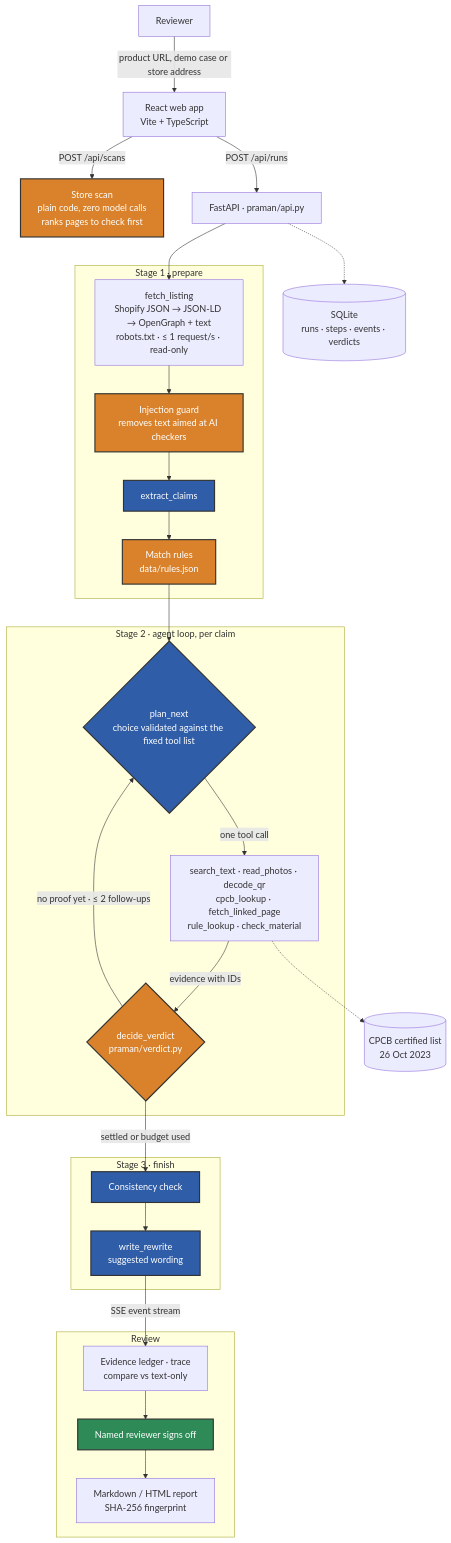
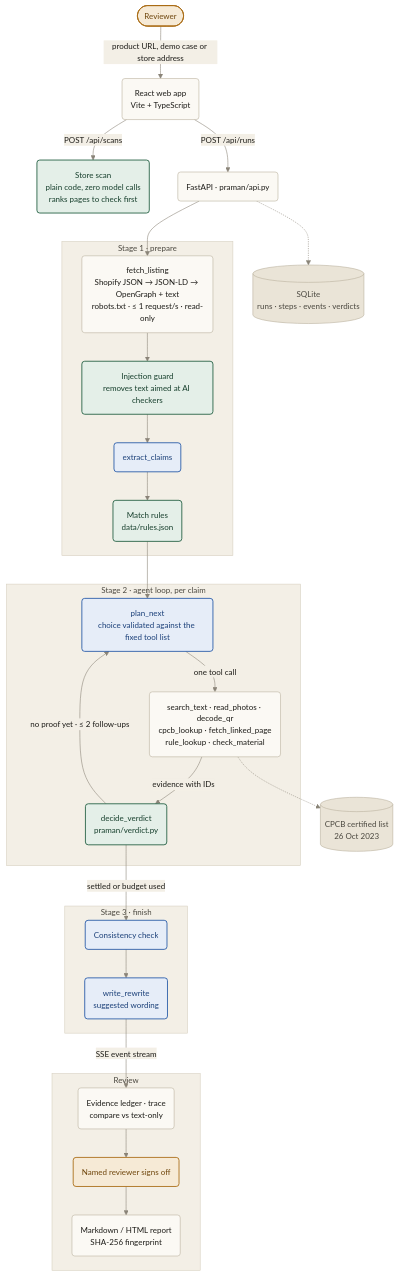
One commit to ProofNotFound/praman-proof changed the diagram in README.md. Above: the diagram before and after it, drawn with Mermaid. The commit also changed other lines of this file, not shown here.

Commit message:
README: restyle the architecture diagram in the app's paper-and-ink palette

````diff
--- a/README.md
+++ b/README.md
@@ -175,49 +175,54 @@
 ```mermaid
+%%{init: {"theme": "base", "themeVariables": {"fontFamily": "ui-sans-serif, system-ui, -apple-system, Segoe UI, sans-serif", "fontSize": "14px", "primaryColor": "#fbf9f4", "primaryTextColor": "#1c1b17", "primaryBorderColor": "#b9b09c", "lineColor": "#8a8478", "clusterBkg": "#f3efe6", "clusterBorder": "#d6cfbf", "edgeLabelBackground": "#f3efe6", "titleColor": "#4a473f"}}}%%
 graph TD
-    U["Reviewer"] -->|"product URL, demo case or store address"| FE["React web app<br/>Vite + TypeScript"]
-    FE -->|"POST /api/scans"| SCAN["Store scan<br/>plain code, zero model calls<br/>ranks pages to check first"]
-    FE -->|"POST /api/runs"| API["FastAPI · praman/api.py"]
+    U(["Reviewer"]) -->|"product URL, demo case or store address"| FE("React web app<br/>Vite + TypeScript")
+    FE -->|"POST /api/scans"| SCAN("Store scan<br/>plain code, zero model calls<br/>ranks pages to check first")
+    FE -->|"POST /api/runs"| API("FastAPI · praman/api.py")
     API -.-> DB[("SQLite<br/>runs · steps · events · verdicts")]
 
     subgraph S1["Stage 1 · prepare"]
-        FETCH["fetch_listing<br/>Shopify JSON → JSON-LD → OpenGraph + text<br/>robots.txt · ≤ 1 request/s · read-only"]
-        INJ["Injection guard<br/>removes text aimed at AI checkers"]
-        EXT["extract_claims"]
-        RULES["Match rules<br/>data/rules.json"]
+        FETCH("fetch_listing<br/>Shopify JSON → JSON-LD → OpenGraph + text<br/>robots.txt · ≤ 1 request/s · read-only")
+        INJ("Injection guard<br/>removes text aimed at AI checkers")
+        EXT("extract_claims")
+        RULES("Match rules<br/>data/rules.json")
         FETCH --> INJ --> EXT --> RULES
     end
     API --> FETCH
 
     subgraph S2["Stage 2 · agent loop, per claim"]
-        PLAN{"plan_next<br/>choice validated against the fixed tool list"}
-        TOOLS["search_text · read_photos · decode_qr<br/>cpcb_lookup · fetch_linked_page<br/>rule_lookup · check_material"]
-        VER{"decide_verdict<br/>praman/verdict.py"}
+        PLAN("plan_next<br/>choice validated against the fixed tool list")
+        TOOLS("search_text · read_photos · decode_qr<br/>cpcb_lookup · fetch_linked_page<br/>rule_lookup · check_material")
+        VER("decide_verdict<br/>praman/verdict.py")
         PLAN -->|"one tool call"| TOOLS
         TOOLS -->|"evidence with IDs"| VER
         VER -->|"no proof yet · ≤ 2 follow-ups"| PLAN
     end
     RULES --> PLAN
     TOOLS -.-> CPCB[("CPCB certified list<br/>26 Oct 2023")]
 
     subgraph S3["Stage 3 · finish"]
-        CONS["Consistency check"]
-        RW["write_rewrite<br/>suggested wording"]
+        CONS("Consistency check")
+        RW("write_rewrite<br/>suggested wording")
         CONS --> RW
     end
     VER -->|"settled or budget used"| CONS
 
     subgraph OUT["Review"]
-        LEDGER["Evidence ledger · trace<br/>compare vs text-only"]
-        SIGN["Named reviewer signs off"]
-        REPORT["Markdown / HTML report<br/>SHA-256 fingerprint"]
+        LEDGER("Evidence ledger · trace<br/>compare vs text-only")
+        SIGN("Named reviewer signs off")
+        REPORT("Markdown / HTML report<br/>SHA-256 fingerprint")
         LEDGER --> SIGN --> REPORT
     end
     RW -->|"SSE event stream"| LEDGER
 
-    classDef code fill:#D9822B,stroke:#333,stroke-width:2px,color:#fff
-    classDef model fill:#2F5DA8,stroke:#333,stroke-width:2px,color:#fff
-    classDef human fill:#2E8B57,stroke:#333,stroke-width:2px,color:#fff
+    classDef code fill:#e4efe8,stroke:#1f5c3f,stroke-width:1.5px,color:#163f2c
+    classDef model fill:#e6edf8,stroke:#2457a6,stroke-width:1.5px,color:#1a3f78
+    classDef human fill:#f6ead6,stroke:#a86a12,stroke-width:1.5px,color:#6e450b
+    classDef store fill:#eae4d7,stroke:#b9b09c,stroke-width:1px,color:#4a473f
+    classDef plain fill:#fbf9f4,stroke:#b9b09c,stroke-width:1px,color:#1c1b17
     class SCAN,INJ,RULES,VER code
     class EXT,PLAN,CONS,RW model
-    class SIGN human
+    class U,SIGN human
+    class DB,CPCB store
+    class FE,API,FETCH,TOOLS,LEDGER,REPORT plain
 ```
````
